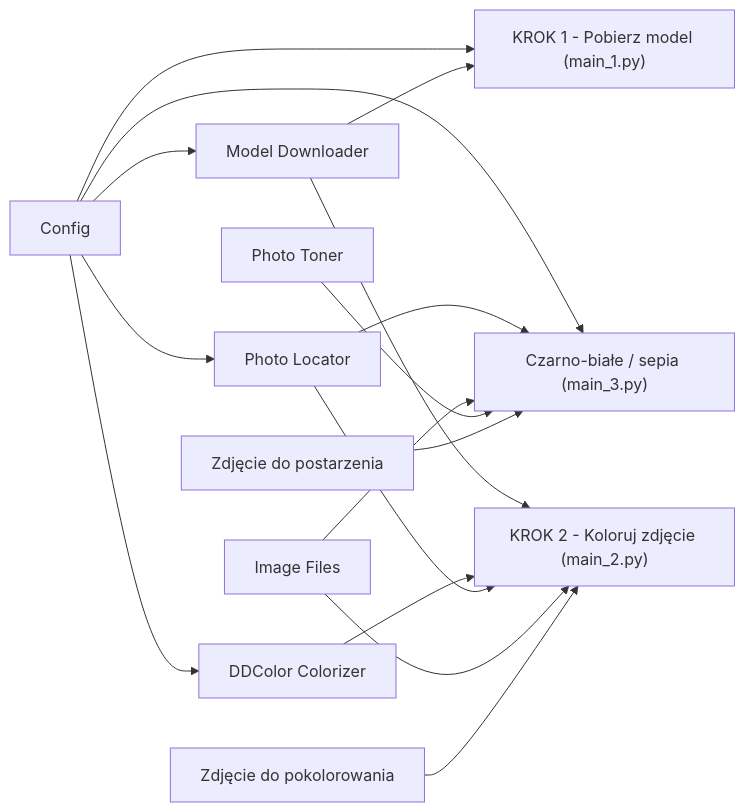
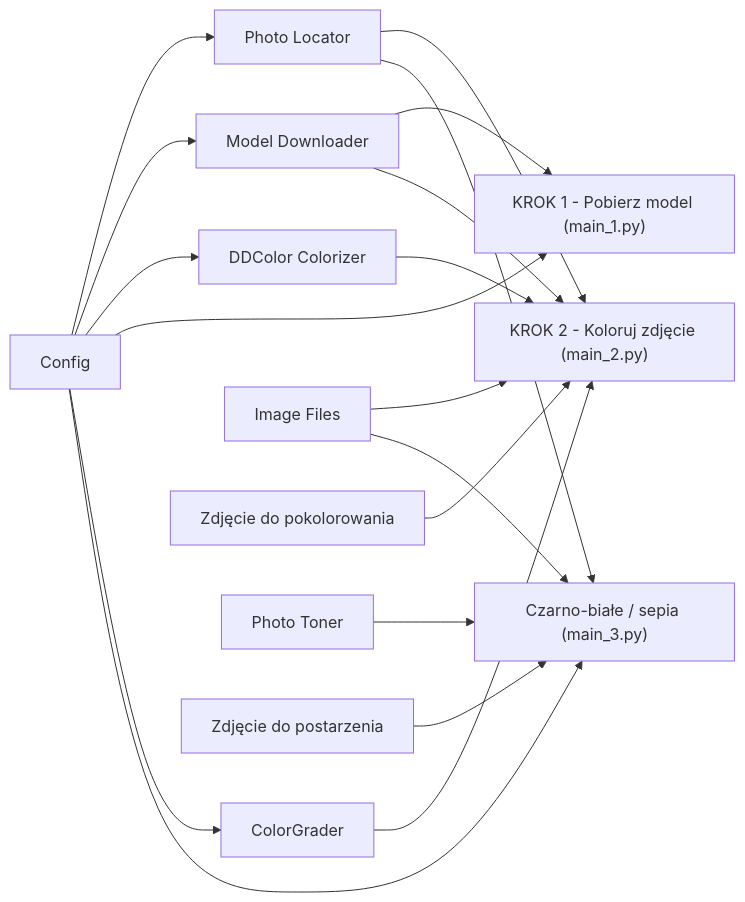
Before and after one commit to ATSP5/CatNipColorAI: the diagram in README.md, drawn with Mermaid. The commit also changed other lines of this file and 9 other files, not shown here.

````diff
--- a/README.md
+++ b/README.md
@@ -95,18 +96,20 @@
 ```mermaid
 flowchart LR
     C[Config] --> L[Photo Locator]
     C --> D[Model Downloader]
     C --> K[DDColor Colorizer]
     C --> M1["KROK 1 - Pobierz model (main_1.py)"]
     D --> M1
     D --> M2["KROK 2 - Koloruj zdjęcie (main_2.py)"]
     K --> M2
+    C --> G[ColorGrader]
+    G --> M2
     L --> M2
     I[Image Files] --> M2
     Z1[Zdjęcie do pokolorowania] --> M2
     C --> M3["Czarno-białe / sepia (main_3.py)"]
     L --> M3
     I --> M3
     T[Photo Toner] --> M3
     Z2[Zdjęcie do postarzenia] --> M3
 ```
````
